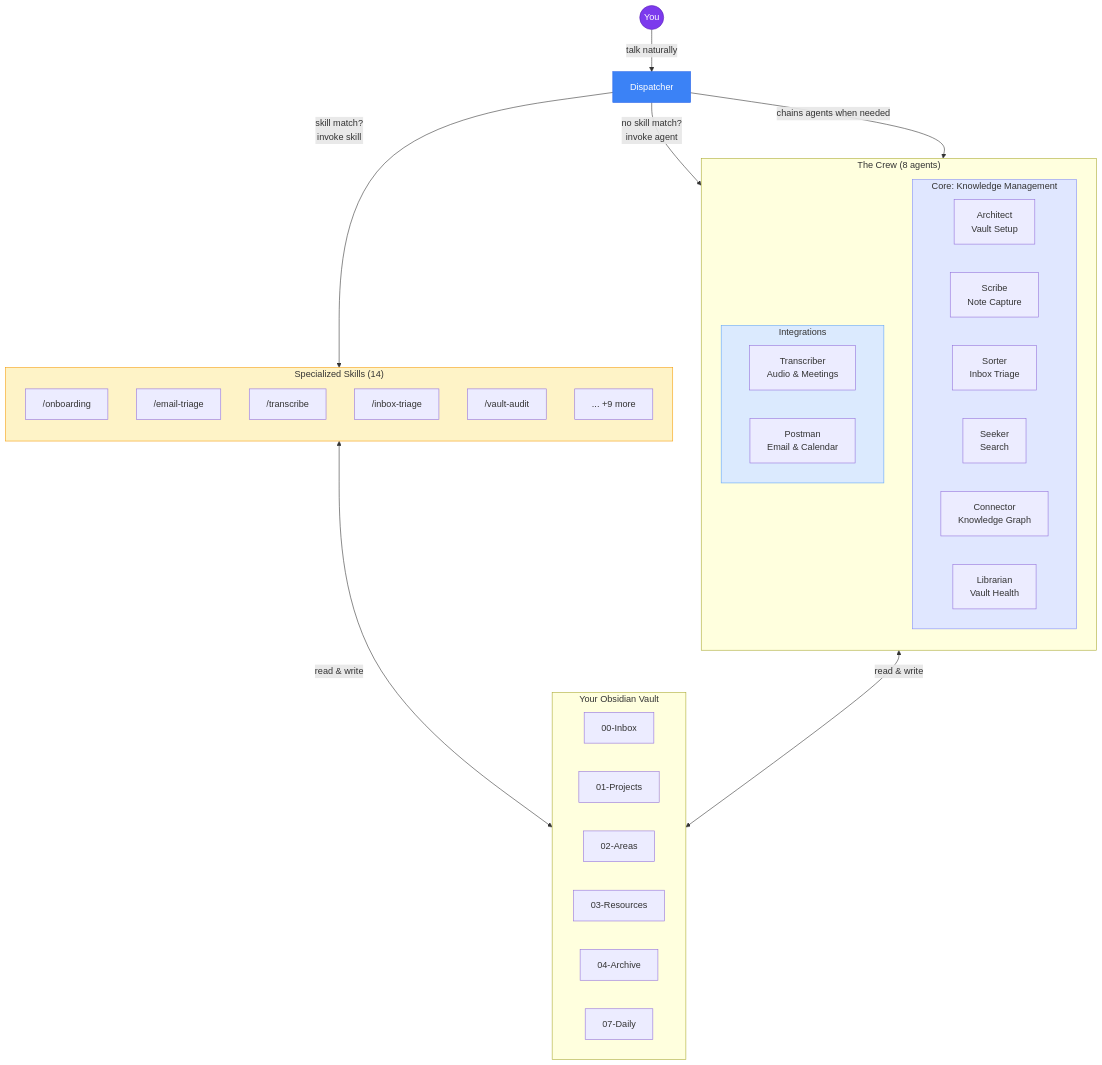
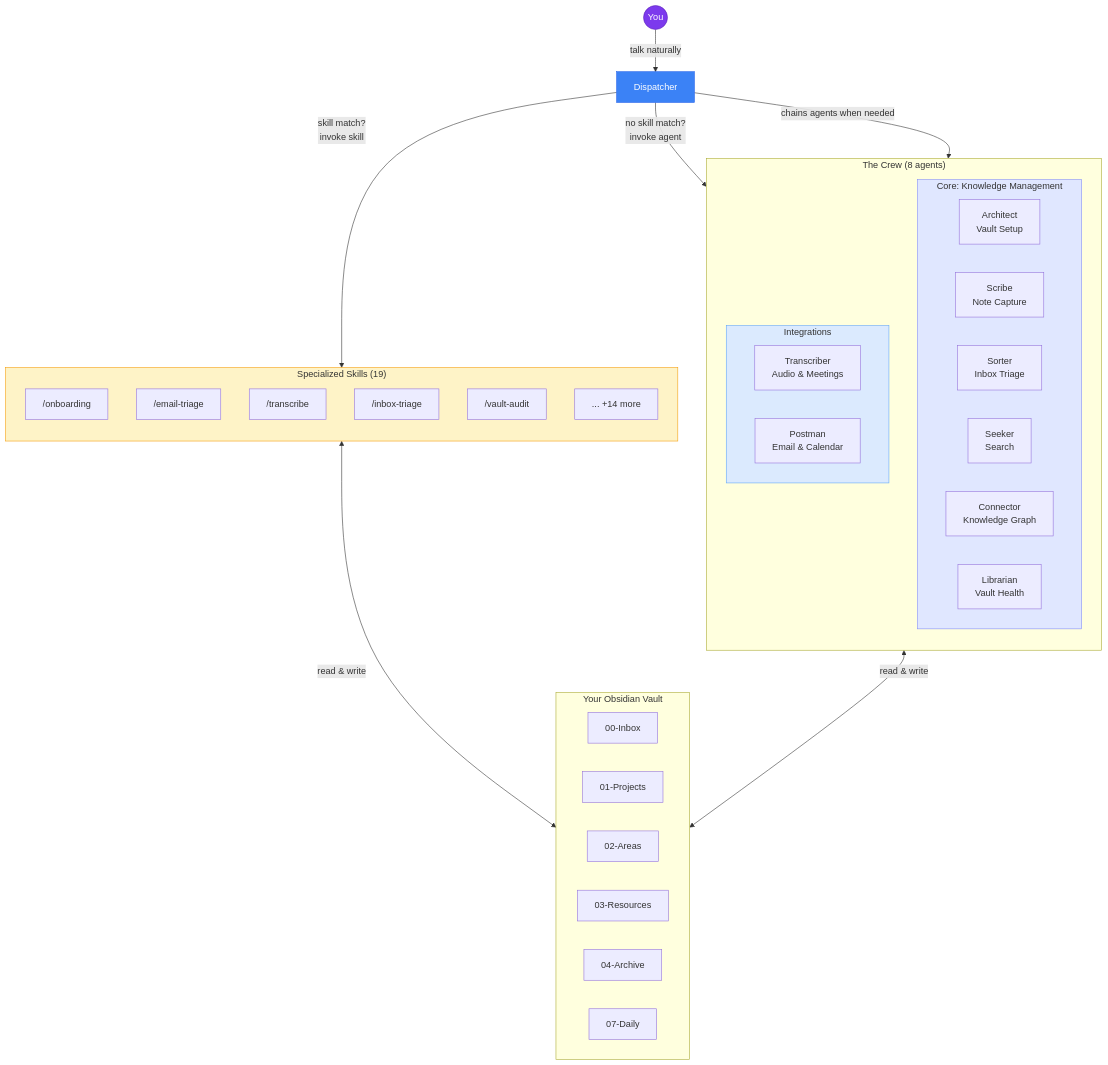
Before and after one commit to arpitbehera/My-Brain-Is-Full-Crew: the first of 2 diagrams in README.md, drawn with Mermaid. The commit also changed other lines of this file and 89 other files, not shown here.

````diff
--- a/README.md
+++ b/README.md
@@ -164,57 +171,57 @@
 ```mermaid
 graph TB
     User((You))
     Dispatcher["Dispatcher"]
 
     User -->|"talk naturally"| Dispatcher
     Dispatcher -->|"skill match?\ninvoke skill"| Skills
     Dispatcher -->|"no skill match?\ninvoke agent"| Agents
     Dispatcher -->|"chains agents when needed"| Agents
 
-    subgraph Skills["Specialized Skills (14)"]
+    subgraph Skills["Specialized Skills (19)"]
         direction TB
         Onboarding["/onboarding"]
         EmailTriage["/email-triage"]
         Transcribe["/transcribe"]
         InboxTriage["/inbox-triage"]
         VaultAudit["/vault-audit"]
-        MoreSkills["... +9 more"]
+        MoreSkills["... +14 more"]
     end
 
     subgraph Agents["The Crew (8 agents)"]
         direction TB
 
         subgraph Core["Core: Knowledge Management"]
             Architect["Architect\nVault Setup"]
             Scribe["Scribe\nNote Capture"]
             Sorter["Sorter\nInbox Triage"]
             Seeker["Seeker\nSearch"]
             Connector["Connector\nKnowledge Graph"]
             Librarian["Librarian\nVault Health"]
         end
 
         subgraph External["Integrations"]
             Transcriber["Transcriber\nAudio & Meetings"]
             Postman["Postman\nEmail & Calendar"]
         end
     end
 
     Skills <-->|"read & write"| Vault
     Agents <-->|"read & write"| Vault
 
     subgraph Vault["Your Obsidian Vault"]
         direction LR
         Inbox["00-Inbox"]
         Projects["01-Projects"]
         Areas["02-Areas"]
         Resources["03-Resources"]
         Archive["04-Archive"]
         Daily["07-Daily"]
     end
 
     style User fill:#7c3aed,stroke:#5b21b6,color:#fff
     style Dispatcher fill:#3b82f6,stroke:#2563eb,color:#fff
     style Skills fill:#fef3c7,stroke:#f59e0b
     style Core fill:#e0e7ff,stroke:#818cf8
     style External fill:#dbeafe,stroke:#60a5fa
 ```
````
